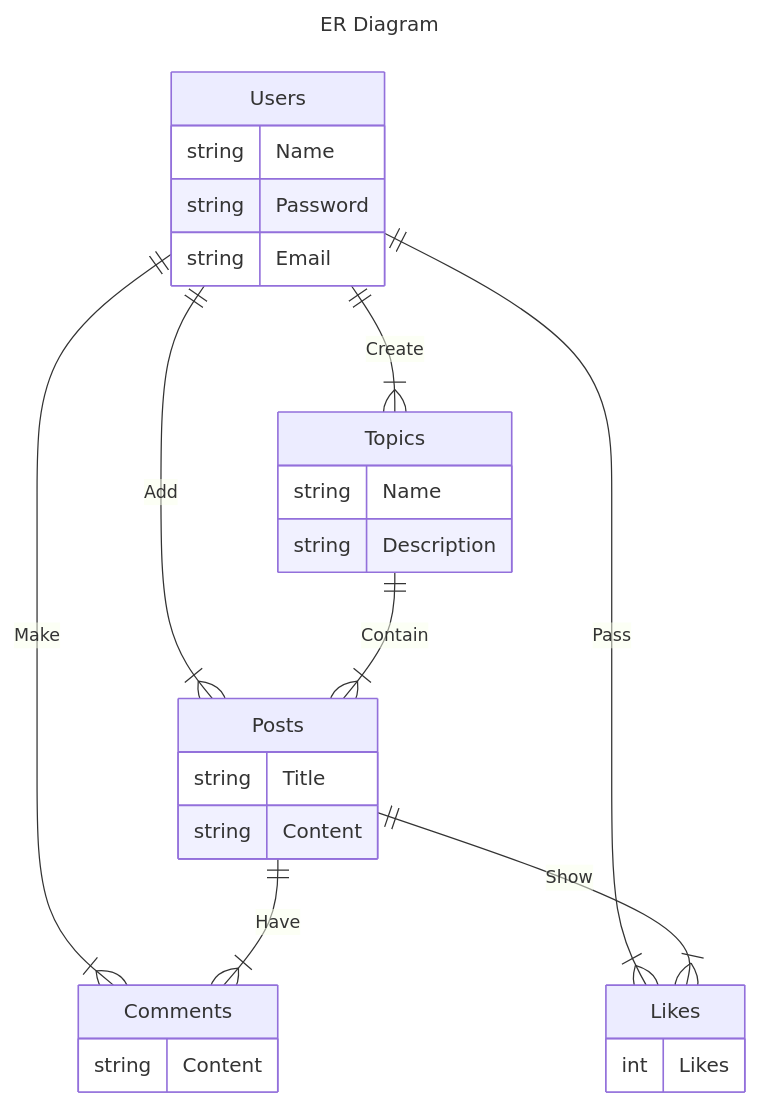
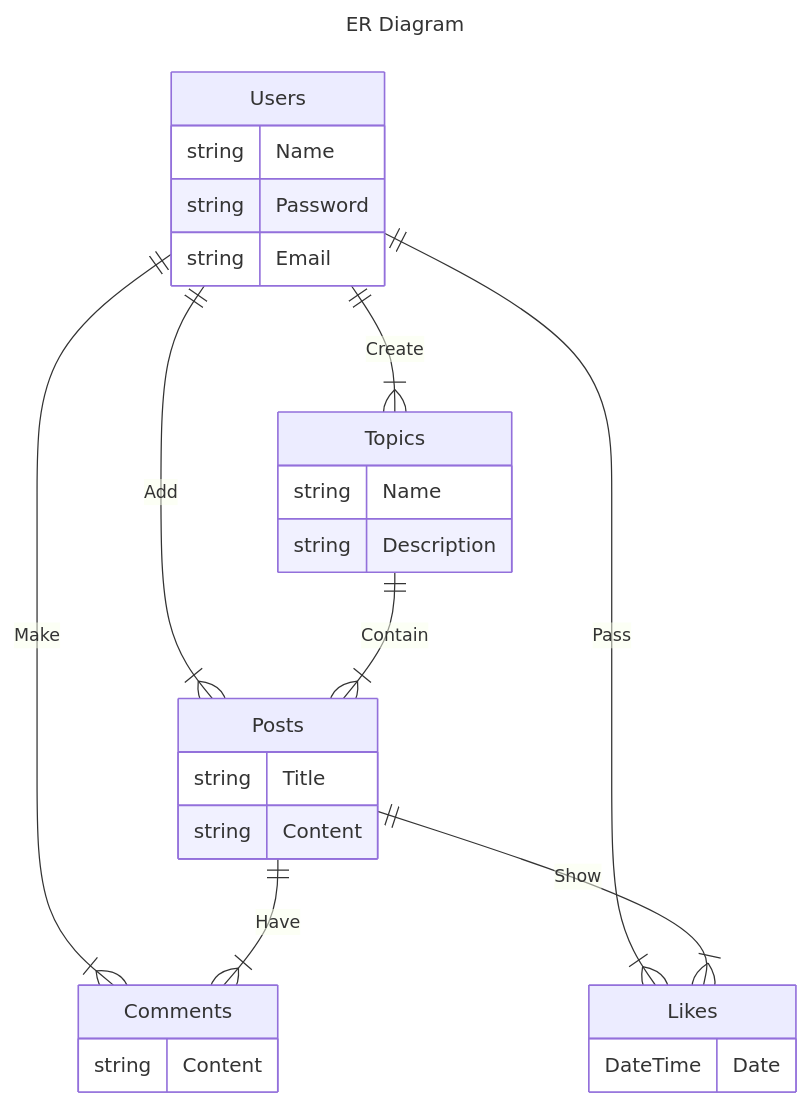
The diagram in forumApp/Diagrams/ERDiagram.mermaid (Jolvera2001/forum-app), drawn with Mermaid before and after one commit. The commit also changed 4 other files, not shown here.

```diff
--- a/forumApp/Diagrams/ERDiagram.mermaid
+++ b/forumApp/Diagrams/ERDiagram.mermaid
@@ -1,32 +1,32 @@
 ---
 title: ER Diagram
 ---
 erDiagram
     t[Topics] {
         string Name
         string Description
     }
     p[Posts] {
         string Title
         string Content
     }
     c[Comments] {
         string Content
     }
     l[Likes] {
-        int Likes
+        DateTime Date
     }
     x[Users] {
         string Name
         string Password
         string Email
     }
     
     x ||--|{ t : Create
     x ||--|{ p : Add
     x ||--|{ c : Make
     t ||--|{ p : Contain
     p ||--|{ c : Have
     
     x ||--|{ l : Pass
     p ||--|{ l : Show
```
